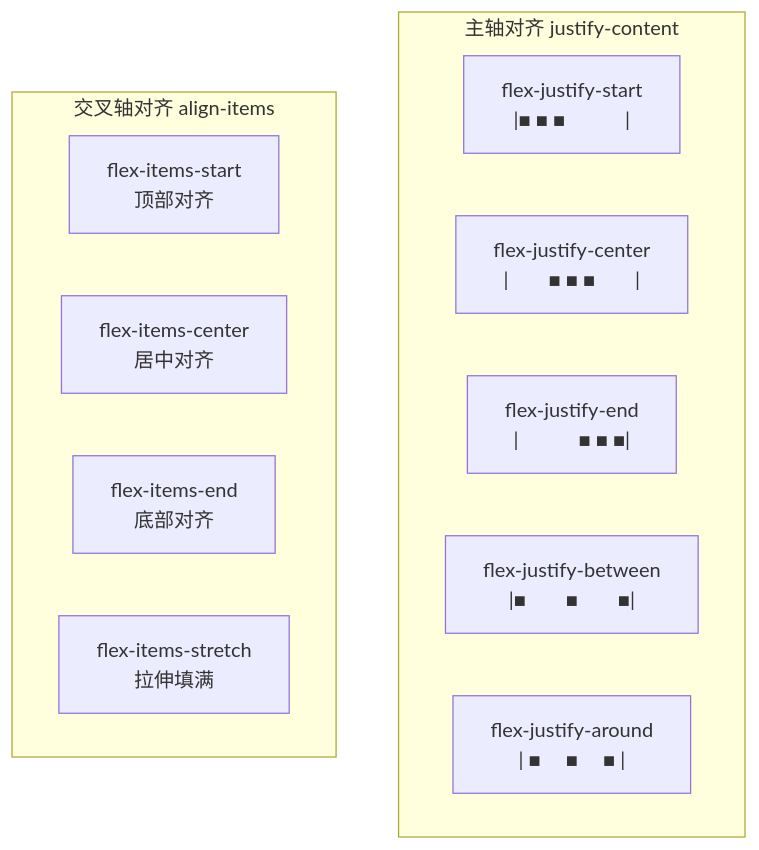
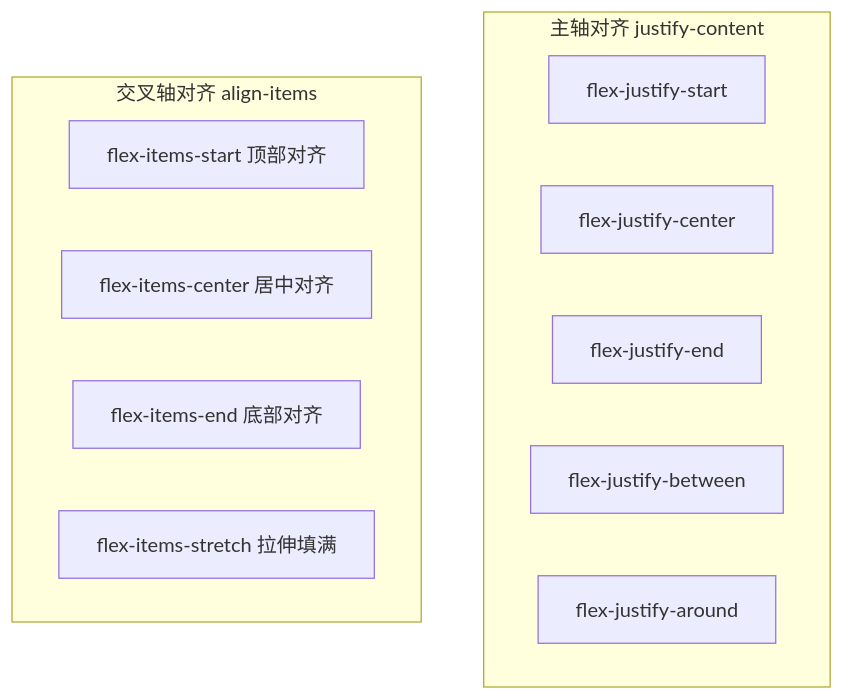
The second of 3 diagrams in learn/07-layout.md (Cleam/primer-css), drawn with Mermaid before and after one commit. The commit also changed other lines of this file and 10 other files, not shown here.

First line of the commit message:
Fix mermaid diagram syntax for GitHub rendering compatibility

````diff
--- a/learn/07-layout.md
+++ b/learn/07-layout.md
@@ -153,19 +153,19 @@
 ```mermaid
 graph TB
     subgraph "主轴对齐 justify-content"
         direction LR
-        JA["flex-justify-start<br/>|■ ■ ■　　　|"]
-        JB["flex-justify-center<br/>|　　■ ■ ■　　|"]
-        JC["flex-justify-end<br/>|　　　■ ■ ■|"]
-        JD["flex-justify-between<br/>|■　　■　　■|"]
-        JE["flex-justify-around<br/>| ■　 ■　 ■ |"]
+        JA["flex-justify-start"]
+        JB["flex-justify-center"]
+        JC["flex-justify-end"]
+        JD["flex-justify-between"]
+        JE["flex-justify-around"]
     end
 
     subgraph "交叉轴对齐 align-items"
         direction LR
-        AA["flex-items-start<br/>顶部对齐"]
-        AB["flex-items-center<br/>居中对齐"]
-        AC["flex-items-end<br/>底部对齐"]
-        AD["flex-items-stretch<br/>拉伸填满"]
+        AA["flex-items-start 顶部对齐"]
+        AB["flex-items-center 居中对齐"]
+        AC["flex-items-end 底部对齐"]
+        AD["flex-items-stretch 拉伸填满"]
     end
 ```
````
